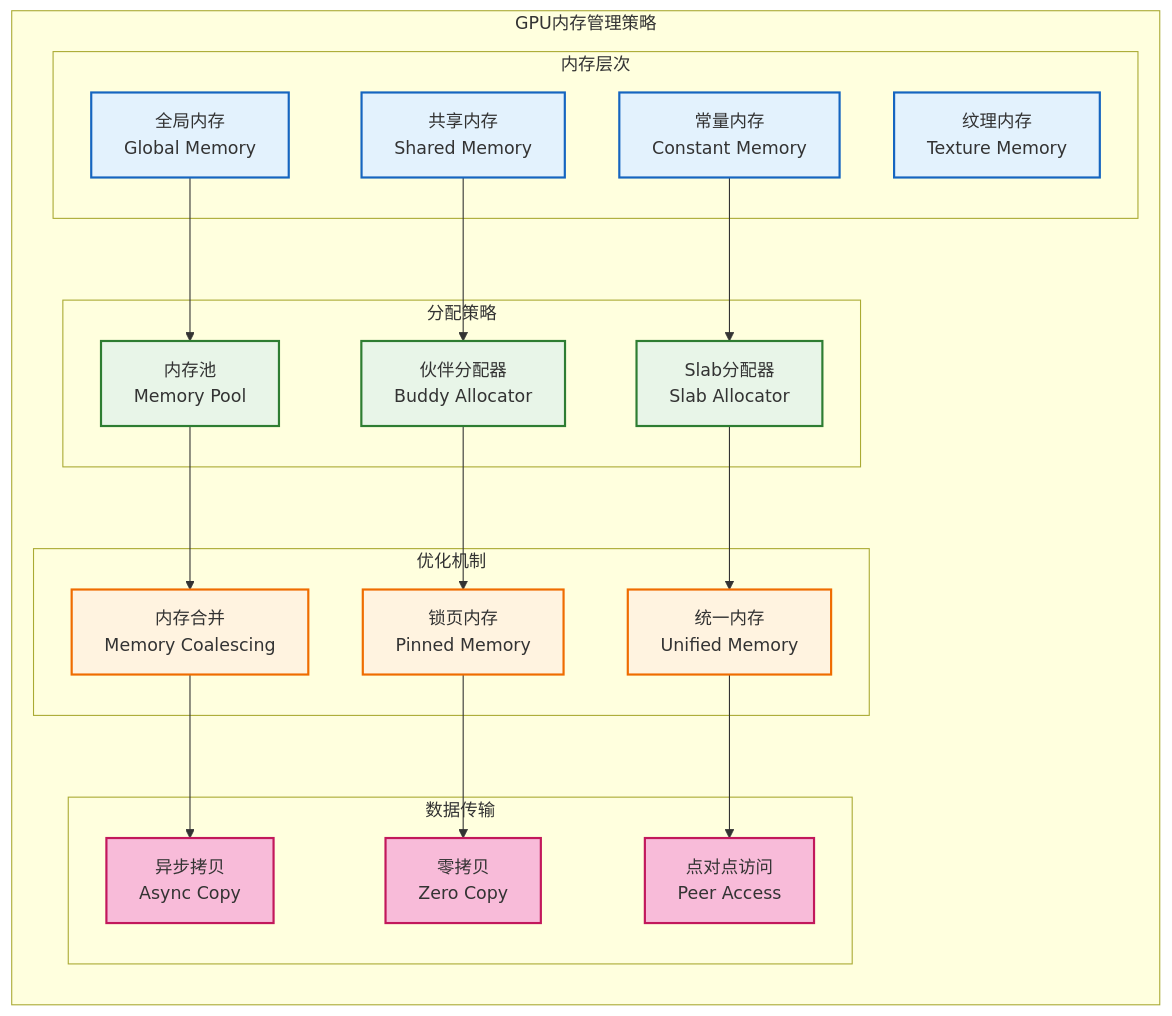
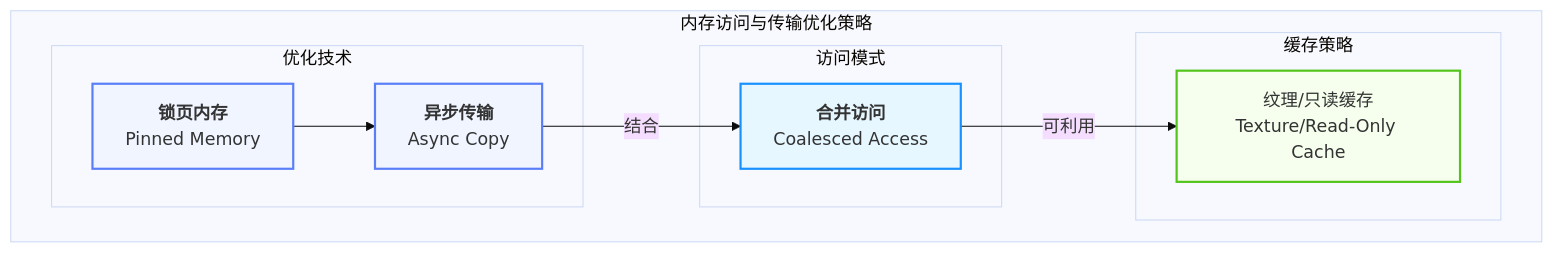
One commit to wendizhou99-cell/Radar changed the ninth of 11 diagrams in docs/01_项目设计/02_模块设计/02_信号处理模块设计.md. Above: the diagram before and after it, drawn with Mermaid. The commit also changed other lines of this file and 26 other files, not shown here.

First line of the commit message:
docs: 完成数据架构文档系列重构和Mermaid可视化指南增强

````diff
--- a/docs/01_项目设计/02_模块设计/02_信号处理模块设计.md
+++ b/docs/01_项目设计/02_模块设计/02_信号处理模块设计.md
@@ -492,54 +850,46 @@
 ```mermaid
-graph TB
-    subgraph "GPU内存管理策略"
-        direction TB
+---
+config:
+  theme: base
+  flowchart:
+    curve: basis
+---
+graph LR
+    %% --- 图例 (上下文颜色语义) ---
+    %% 访问模式 (浅蓝): GPU线程访问全局内存的方式。
+    %% 优化技术 (淡紫): 针对特定访问模式的编程技巧。
+    %% 缓存策略 (浅绿): 利用GPU的不同缓存层次。
 
-        subgraph "内存层次"
-            GLOBAL_MEM[全局内存<br/>Global Memory]
-            SHARED_MEM[共享内存<br/>Shared Memory]
-            CONSTANT_MEM[常量内存<br/>Constant Memory]
-            TEXTURE_MEM[纹理内存<br/>Texture Memory]
+    subgraph "内存访问与传输优化策略"
+        direction LR
+
+        subgraph "访问模式"
+            COALESCED["<b>合并访问</b><br/>Coalesced Access"]
         end
 
-        subgraph "分配策略"
-            MEMORY_POOL[内存池<br/>Memory Pool]
-            BUDDY_ALLOCATOR[伙伴分配器<br/>Buddy Allocator]
-            SLAB_ALLOCATOR[Slab分配器<br/>Slab Allocator]
+        subgraph "优化技术"
+            PINNED["<b>锁页内存</b><br/>Pinned Memory"]
+            ASYNC["<b>异步传输</b><br/>Async Copy"]
         end
 
-        subgraph "优化机制"
-            COALESCING[内存合并<br/>Memory Coalescing]
-            PINNED_MEM[锁页内存<br/>Pinned Memory]
-            UNIFIED_MEM[统一内存<br/>Unified Memory]
+        subgraph "缓存策略"
+            TEXTURE["纹理/只读缓存<br/>Texture/Read-Only Cache"]
         end
-
-        subgraph "数据传输"
-            ASYNC_COPY[异步拷贝<br/>Async Copy]
-            ZERO_COPY[零拷贝<br/>Zero Copy]
-            PEER_ACCESS[点对点访问<br/>Peer Access]
-        end
-
-        %% 关联关系
-        GLOBAL_MEM --> MEMORY_POOL
-        SHARED_MEM --> BUDDY_ALLOCATOR
-        CONSTANT_MEM --> SLAB_ALLOCATOR
-
-        MEMORY_POOL --> COALESCING
-        BUDDY_ALLOCATOR --> PINNED_MEM
-        SLAB_ALLOCATOR --> UNIFIED_MEM
-
-        COALESCING --> ASYNC_COPY
-        PINNED_MEM --> ZERO_COPY
-        UNIFIED_MEM --> PEER_ACCESS
     end
 
-    classDef memory fill:#e3f2fd,stroke:#1565c0,stroke-width:2px
-    classDef allocator fill:#e8f5e8,stroke:#2e7d32,stroke-width:2px
-    classDef optimize fill:#fff3e0,stroke:#ef6c00,stroke-width:2px
-    classDef transfer fill:#f8bbd9,stroke:#c2185b,stroke-width:2px
+    %% --- 关系 ---
+    PINNED --> ASYNC
+    ASYNC -- "结合" --> COALESCED
+    COALESCED -- "可利用" --> TEXTURE
 
-    class GLOBAL_MEM,SHARED_MEM,CONSTANT_MEM,TEXTURE_MEM memory
-    class MEMORY_POOL,BUDDY_ALLOCATOR,SLAB_ALLOCATOR allocator
-    class COALESCING,PINNED_MEM,UNIFIED_MEM optimize
-    class ASYNC_COPY,ZERO_COPY,PEER_ACCESS transfer
+
+    %% --- 标准 classDef 模板 ---
+    classDef role_A fill:#e6f7ff,stroke:#1890ff,stroke-width:2px
+    classDef role_B fill:#f0f5ff,stroke:#597ef7,stroke-width:2px
+    classDef role_C fill:#f6ffed,stroke:#52c41a,stroke-width:2px
+
+    %% --- 样式应用 ---
+    class COALESCED role_A
+    class PINNED,ASYNC role_B
+    class TEXTURE role_C
 ```
````
